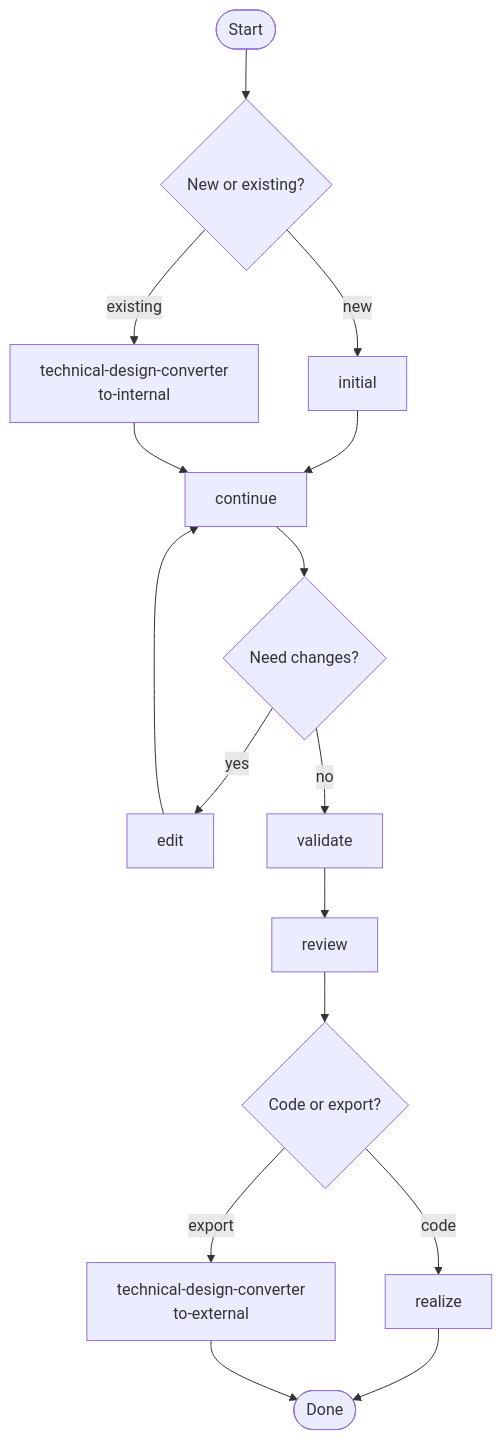
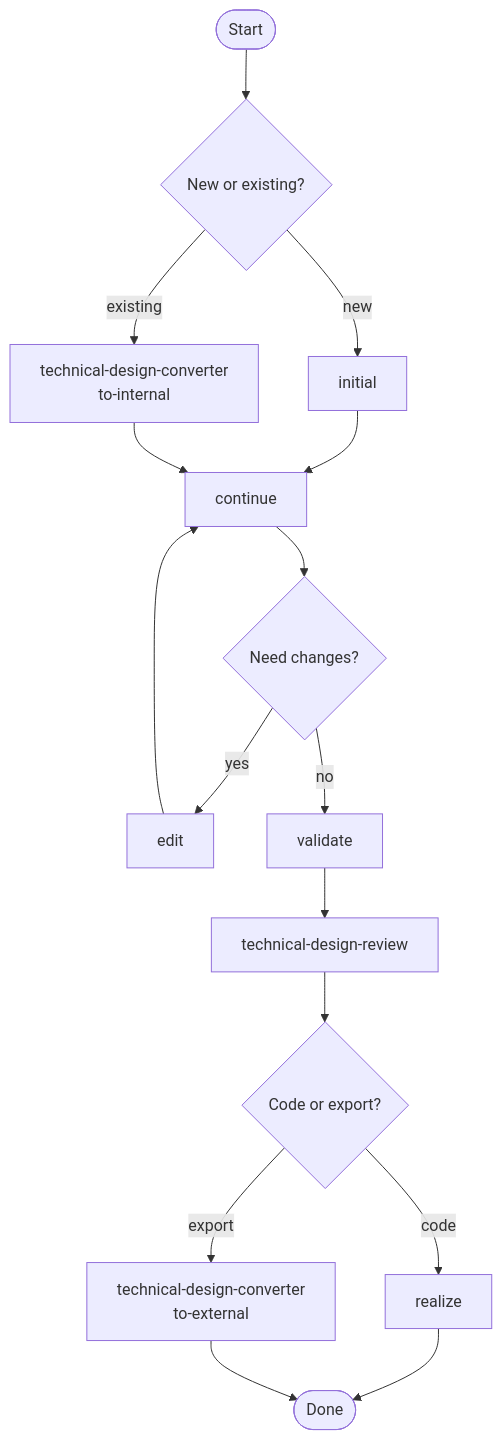
Before and after one commit to ilsrk/technical-design: the diagram in README.md, drawn with Mermaid. The commit also changed other lines of this file and 3 other files, not shown here.

Commit message:
Move review to review skill

````diff
--- a/README.md
+++ b/README.md
@@ -14,18 +14,18 @@
 ```mermaid
 flowchart TD
   start([Start]) --> entry{New or existing?}
   entry -->|new| initial[initial]
   entry -->|existing| converterIn[technical-design-converter<br/>to-internal]
   initial --> continue[continue]
   converterIn --> continue
   continue --> needEdit{Need changes?}
   needEdit -->|yes| edit[edit]
   edit --> continue
   needEdit -->|no| validate[validate]
-  validate --> review[review]
-  review --> finish{Code or export?}
+  validate --> reviewSkill[technical-design-review]
+  reviewSkill --> finish{Code or export?}
   finish -->|code| realize[realize]
   finish -->|export| converterOut[technical-design-converter<br/>to-external]
   realize --> done([Done])
   converterOut --> done
 ```
````
